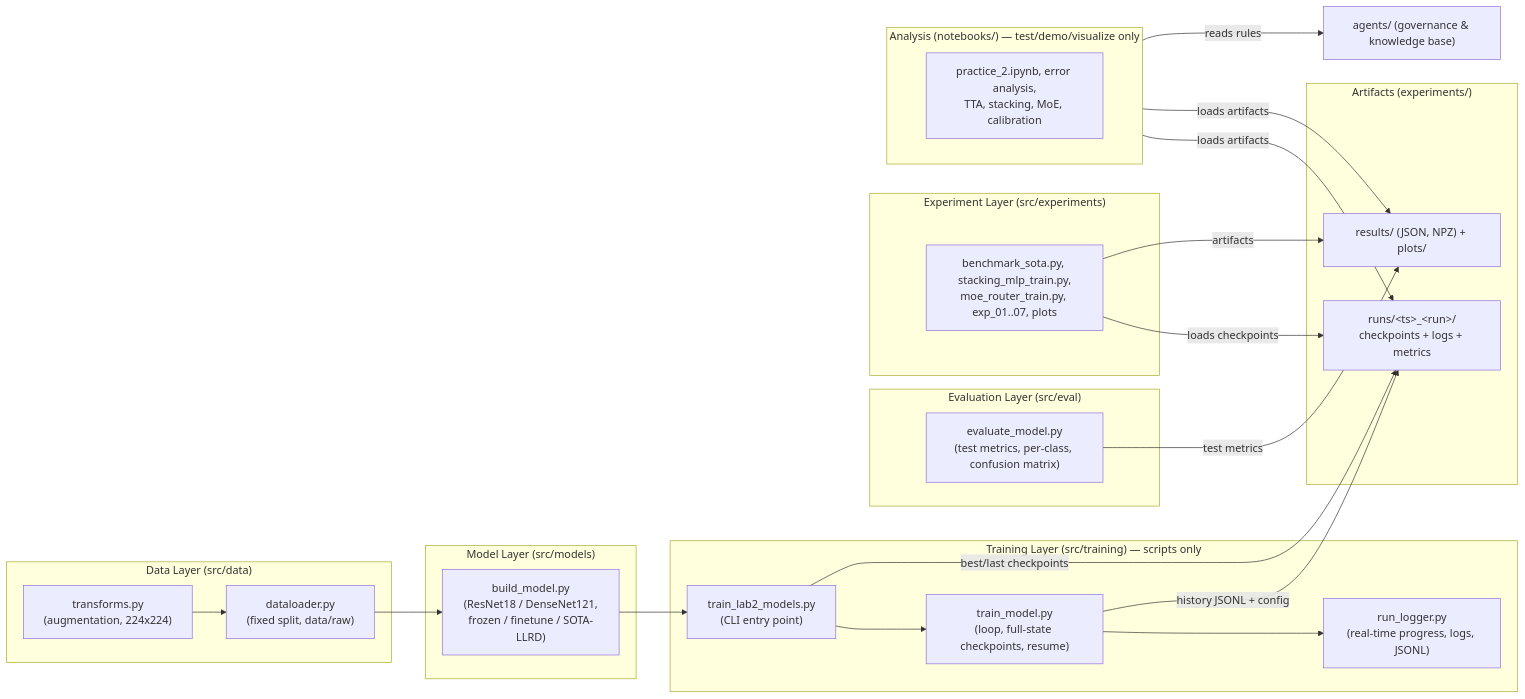
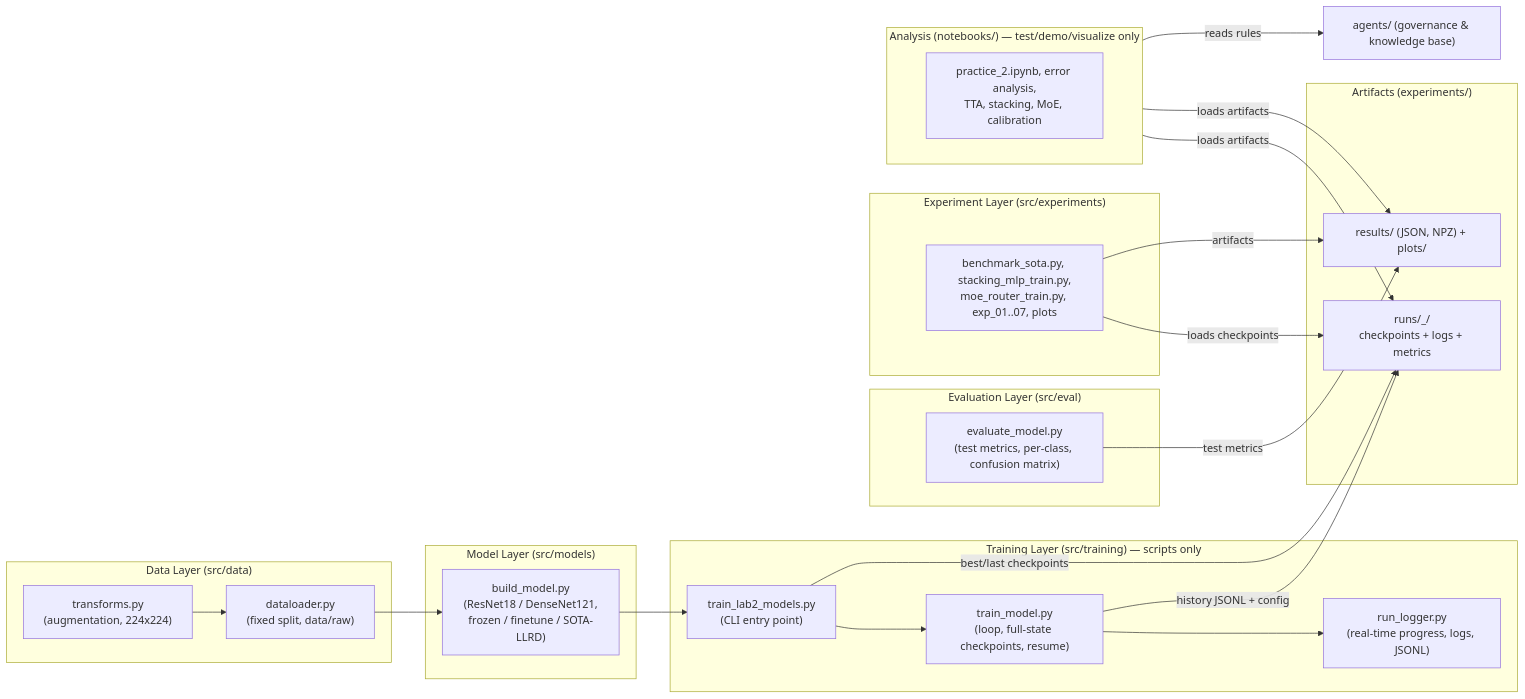
Before and after one commit to zombieTDV/Deeplearning_Course_UTH: the diagram in README.md, drawn with Mermaid. The commit also changed 42 other files, not shown here.

````diff
--- a/README.md
+++ b/README.md
@@ -19,43 +19,43 @@
 ```mermaid
 flowchart LR
     subgraph DATA["Data Layer (src/data)"]
         A1["transforms.py<br/>(augmentation, 224x224)"] --> A2["dataloader.py<br/>(fixed split, data/raw)"]
     end
 
     subgraph MODEL["Model Layer (src/models)"]
         B1["build_model.py<br/>(ResNet18 / DenseNet121,<br/>frozen / finetune / SOTA-LLRD)"]
     end
 
     subgraph TRAIN["Training Layer (src/training) — scripts only"]
         C1["train_lab2_models.py<br/>(CLI entry point)"]
         C2["train_model.py<br/>(loop, full-state checkpoints, resume)"]
         C3["run_logger.py<br/>(real-time progress, logs, JSONL)"]
     end
 
     subgraph EVAL["Evaluation Layer (src/eval)"]
         D1["evaluate_model.py<br/>(test metrics, per-class, confusion matrix)"]
     end
 
     subgraph EXP["Experiment Layer (src/experiments)"]
         E1["benchmark_sota.py, stacking_mlp_train.py,<br/>moe_router_train.py, exp_01..07, plots"]
     end
 
     subgraph OUT["Artifacts (experiments/)"]
-        F1["runs/&lt;ts&gt;_&lt;run&gt;/<br/>checkpoints + logs + metrics"]
+        F1["runs/<ts>_<run>/<br/>checkpoints + logs + metrics"]
         F2["results/ (JSON, NPZ) + plots/"]
     end
 
     subgraph NB["Analysis (notebooks/) — test/demo/visualize only"]
         G1["practice_2.ipynb, error analysis,<br/>TTA, stacking, MoE, calibration"]
     end
 
     A2 --> B1 --> C1 --> C2 --> C3
     C1 -->|"best/last checkpoints"| F1
     C2 -->|"history JSONL + config"| F1
     E1 -->|"loads checkpoints"| F1
     E1 -->|"artifacts"| F2
     D1 -->|"test metrics"| F2
     NB -->|"loads artifacts"| F1
     NB -->|"loads artifacts"| F2
-    NB -->|"reads rules"| GOV["agents/ (governance &amp; knowledge base)"]
+    NB -->|"reads rules"| GOV["agents/ (governance & knowledge base)"]
 ```
````
